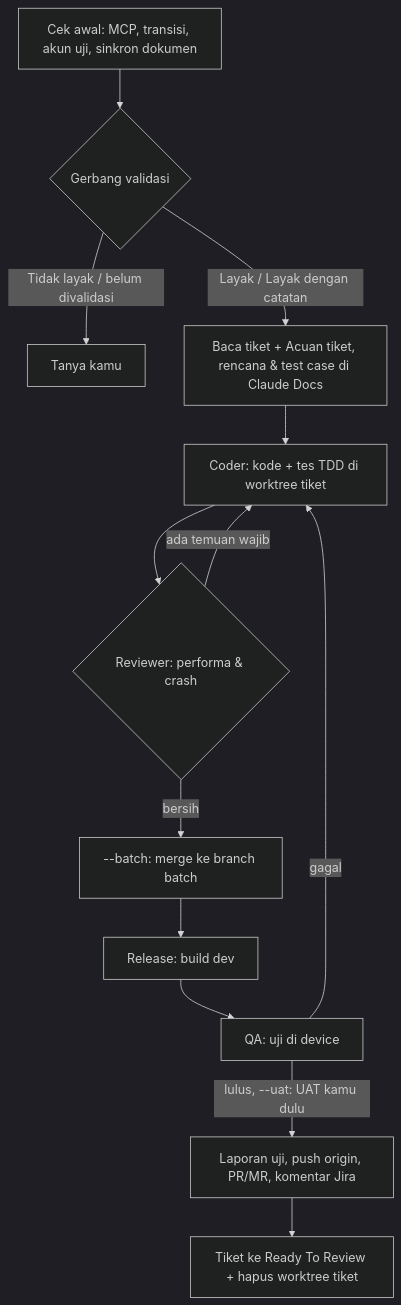
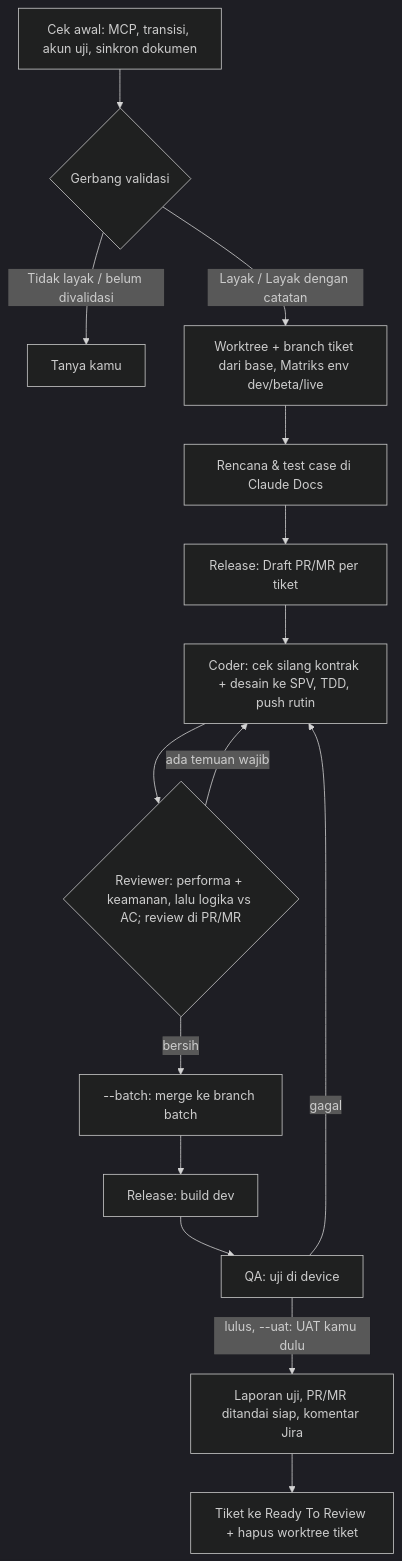
Before and after one commit to roiskhoiron/agent-workflow: the second of 2 diagrams in docs/alur-kerja.md, drawn with Mermaid (dark theme). The commit also changed other lines of this file and 12 other files, not shown here.

Commit message:
develop-tiket: Matriks env sebelum rencana, Draft PR/MR awal, push rutin Coder, review di PR/MR, QA per server, SPV pantau teammate

````diff
--- a/docs/alur-kerja.md
+++ b/docs/alur-kerja.md
@@ -56,14 +56,16 @@
 ```mermaid
 flowchart TD
   G[Cek awal: MCP, transisi, akun uji, sinkron dokumen] --> V{Gerbang validasi}
   V -->|Tidak layak / belum divalidasi| A[Tanya kamu]
-  V -->|Layak / Layak dengan catatan| S[Baca tiket + Acuan tiket, rencana & test case di Claude Docs] --> K[Coder: kode + tes TDD di worktree tiket]
-  K --> R{Reviewer: performa & crash}
+  V -->|Layak / Layak dengan catatan| W[Worktree + branch tiket dari base, Matriks env dev/beta/live]
+  W --> S[Rencana & test case di Claude Docs] --> DR[Release: Draft PR/MR per tiket]
+  DR --> K[Coder: cek silang kontrak + desain ke SPV, TDD, push rutin]
+  K --> R{Reviewer: performa + keamanan, lalu logika vs AC; review di PR/MR}
   R -->|ada temuan wajib| K
   R -->|bersih| M[--batch: merge ke branch batch]
   M --> B[Release: build dev]
   B --> Q[QA: uji di device]
   Q -->|gagal| K
-  Q -->|lulus, --uat: UAT kamu dulu| P[Laporan uji, push origin, PR/MR, komentar Jira]
+  Q -->|lulus, --uat: UAT kamu dulu| P[Laporan uji, PR/MR ditandai siap, komentar Jira]
   P --> T[Tiket ke Ready To Review + hapus worktree tiket]
 ```
````
